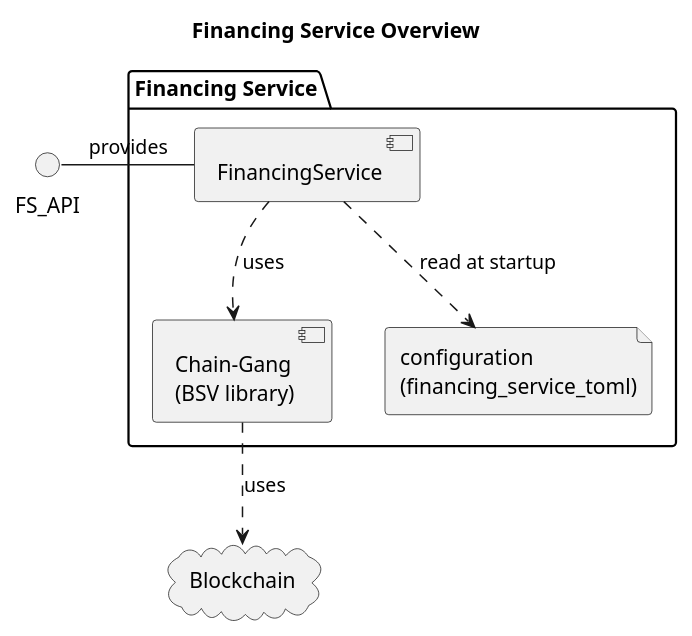
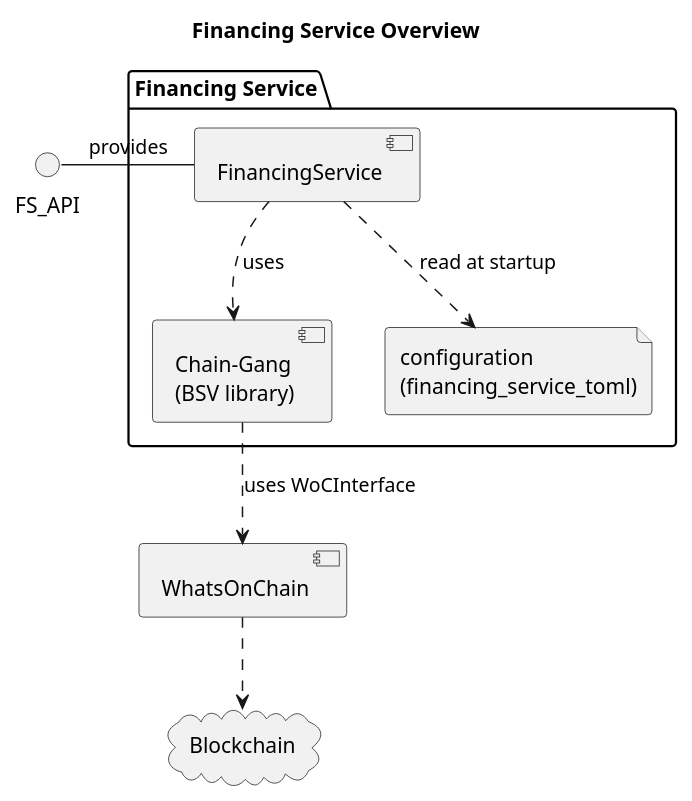
The diagram in docs/diagrams/overview.puml (nchain-innovation/financing-service), drawn with PlantUML before and after one commit. The commit also changed 16 other files, not shown here.

```diff
--- a/docs/diagrams/overview.puml
+++ b/docs/diagrams/overview.puml
@@ -1,20 +1,23 @@
 @startuml
 title Financing Service Overview
 
 interface FS_API
 package "Financing Service" {
     FS_API - [FinancingService] : provides
     [Chain-Gang\n(BSV library)] 
     file "configuration\n(financing_service_toml)" as fs_toml
    
     [FinancingService] ..> fs_toml: read at startup
 
 }
 
 cloud "Blockchain" {
 }
 [FinancingService] ..> [Chain-Gang\n(BSV library)]: uses
-[Chain-Gang\n(BSV library)] ..> Blockchain: uses
+
+[Chain-Gang\n(BSV library)] ..> [WhatsOnChain] : uses WoCInterface
+
+[WhatsOnChain] ..> Blockchain
 
 
 @enduml
```
